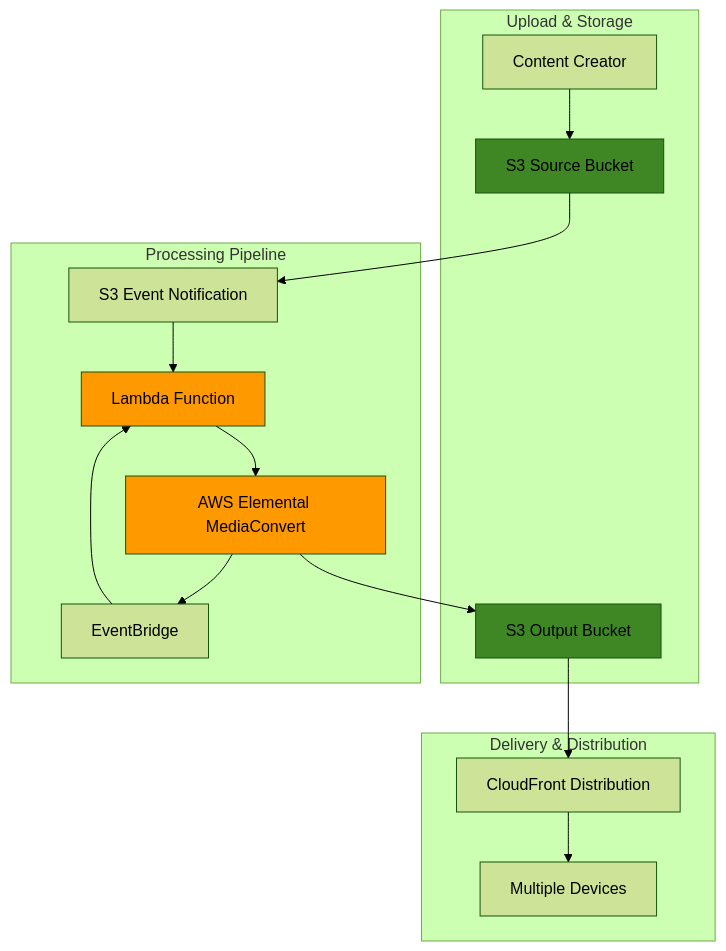
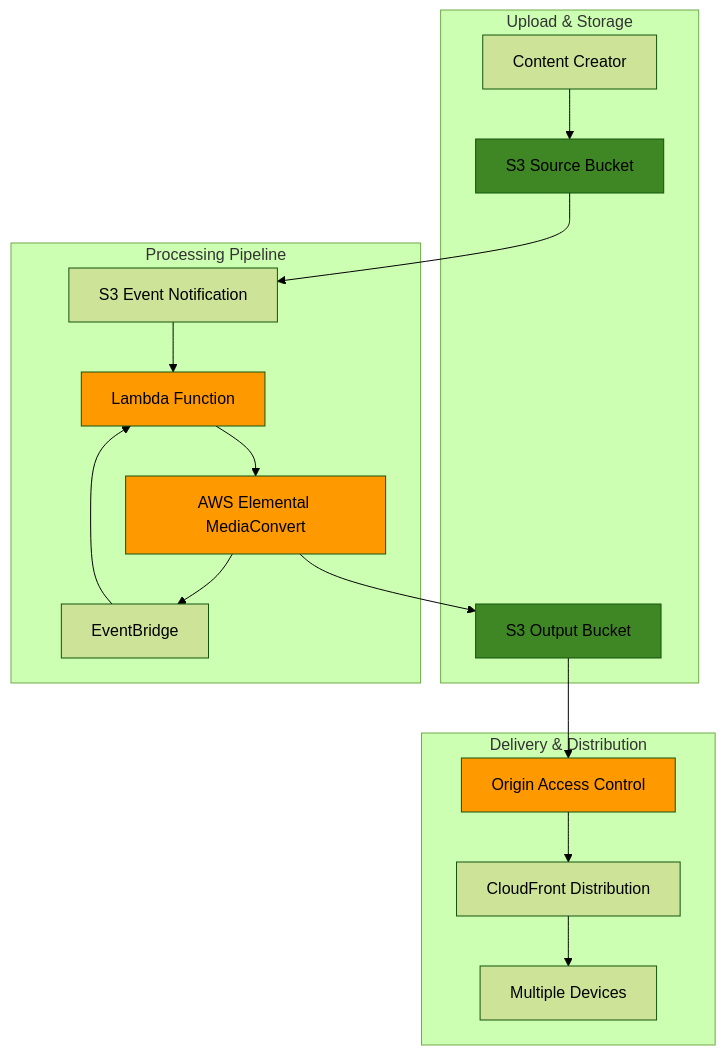
One commit to mzazon/awesome-cloud-projects changed the diagram in aws/video-processing-mediaconvert/video-processing-mediaconvert.md. Above: the diagram before and after it, drawn with Mermaid (forest theme). The commit also changed other lines of this file and 5581 other files, not shown here.

````diff
--- a/aws/video-processing-mediaconvert/video-processing-mediaconvert.md
+++ b/aws/video-processing-mediaconvert/video-processing-mediaconvert.md
@@ -31,35 +30,38 @@
 ```mermaid
 graph TB
     subgraph "Upload & Storage"
         USER[Content Creator]
         S3_INPUT[S3 Source Bucket]
         S3_OUTPUT[S3 Output Bucket]
     end
     
     subgraph "Processing Pipeline"
         S3_EVENT[S3 Event Notification]
         LAMBDA[Lambda Function]
         MEDIACONVERT[AWS Elemental MediaConvert]
         EVENTBRIDGE[EventBridge]
     end
     
     subgraph "Delivery & Distribution"
         CLOUDFRONT[CloudFront Distribution]
+        OAC[Origin Access Control]
         DEVICES[Multiple Devices]
     end
     
     USER-->S3_INPUT
     S3_INPUT-->S3_EVENT
     S3_EVENT-->LAMBDA
     LAMBDA-->MEDIACONVERT
     MEDIACONVERT-->S3_OUTPUT
     MEDIACONVERT-->EVENTBRIDGE
     EVENTBRIDGE-->LAMBDA
-    S3_OUTPUT-->CLOUDFRONT
+    S3_OUTPUT-->OAC
+    OAC-->CLOUDFRONT
     CLOUDFRONT-->DEVICES
     
     style MEDIACONVERT fill:#FF9900
     style LAMBDA fill:#FF9900
     style S3_INPUT fill:#3F8624
     style S3_OUTPUT fill:#3F8624
+    style OAC fill:#FF9900
 ```
````
